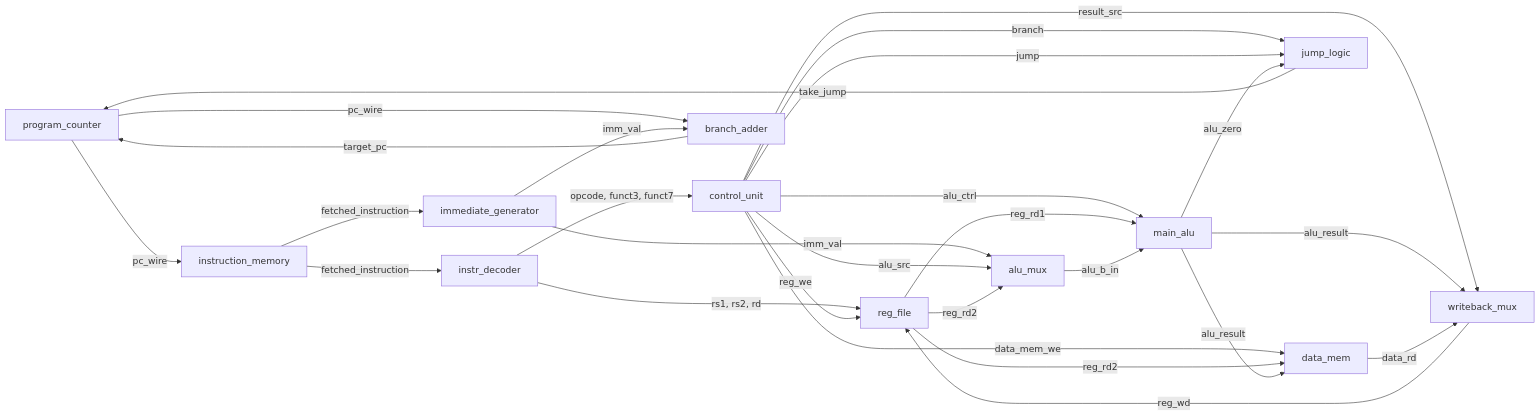
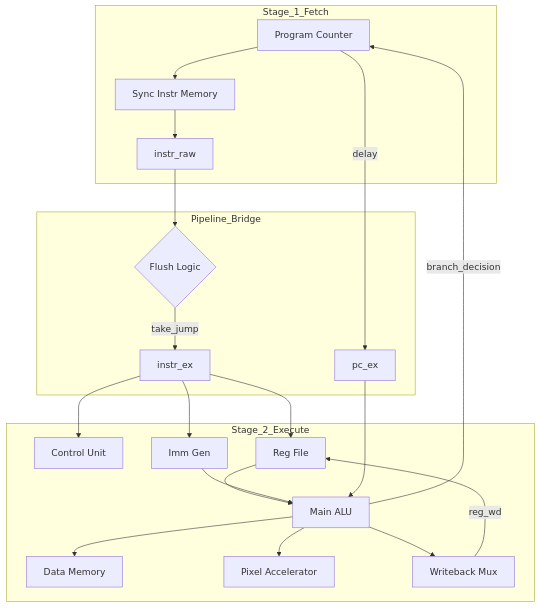
Before and after one commit to n-crespo/riscv: the diagram in README.md, drawn with Mermaid. The commit also changed other lines of this file, not shown here.

Commit message:
docs: update project README

````diff
--- a/README.md
+++ b/README.md
@@ -11,54 +17,32 @@
 ```mermaid
-graph LR
-  %% modules
-  PC[program_counter]
-  IMEM[instruction_memory]
-  DEC[instr_decoder]
-  IGEN[immediate_generator]
-  CU[control_unit]
-  REG[reg_file]
-  AMUX[alu_mux]
-  ALU[main_alu]
-  DMEM[data_mem]
-  WMUX[writeback_mux]
-  BADDER[branch_adder]
-  JLOGIC[jump_logic]
+graph TD
+  subgraph Stage_1_Fetch
+    PC[Program Counter] --> IMEM[Sync Instr Memory]
+    IMEM --> I_RAW[instr_raw]
+  end
 
-  %% instruction fetch stage
-  PC -- pc_wire --> IMEM
-  PC -- pc_wire --> BADDER
-  IMEM -- fetched_instruction --> DEC
-  IMEM -- fetched_instruction --> IGEN
+  subgraph Pipeline_Bridge
+    I_RAW --> FLUSH{Flush Logic}
+    FLUSH -- take_jump --> I_EX[instr_ex]
+    PC -- delay --> PC_EX[pc_ex]
+  end
 
-  %% decode and control stage
-  DEC -- "opcode, funct3, funct7" --> CU
-  DEC -- "rs1, rs2, rd" --> REG
-  IGEN -- imm_val --> AMUX
-  IGEN -- imm_val --> BADDER
+  subgraph Stage_2_Execute
+    I_EX --> CU[Control Unit]
+    I_EX --> REG[Reg File]
+    I_EX --> IGEN[Imm Gen]
 
-  %% control unit routing
-  CU -- reg_we --> REG
-  CU -- alu_src --> AMUX
-  CU -- alu_ctrl --> ALU
-  CU -- data_mem_we --> DMEM
-  CU -- result_src --> WMUX
-  CU -- branch --> JLOGIC
-  CU -- jump --> JLOGIC
+    REG --> ALU[Main ALU]
+    IGEN --> ALU
+    PC_EX --> ALU
 
-  %% execute stage
-  REG -- reg_rd1 --> ALU
-  REG -- reg_rd2 --> AMUX
-  REG -- reg_rd2 --> DMEM
-  AMUX -- alu_b_in --> ALU
+    ALU --> DMEM[Data Memory]
+    ALU --> PIXEL[Pixel Accelerator]
+    ALU --> WB[Writeback Mux]
+  end
 
-  %% memory and branch calculation stage
-  ALU -- alu_result --> DMEM
-  ALU -- alu_result --> WMUX
-  ALU -- alu_zero --> JLOGIC
-  BADDER -- target_pc --> PC
-  JLOGIC -- take_jump --> PC
+  %% Feedback paths
+  ALU -- branch_decision --> PC
+  WB -- reg_wd --> REG
 
-  %% writeback stage
-  DMEM -- data_rd --> WMUX
-  WMUX -- reg_wd --> REG
 ```
````
